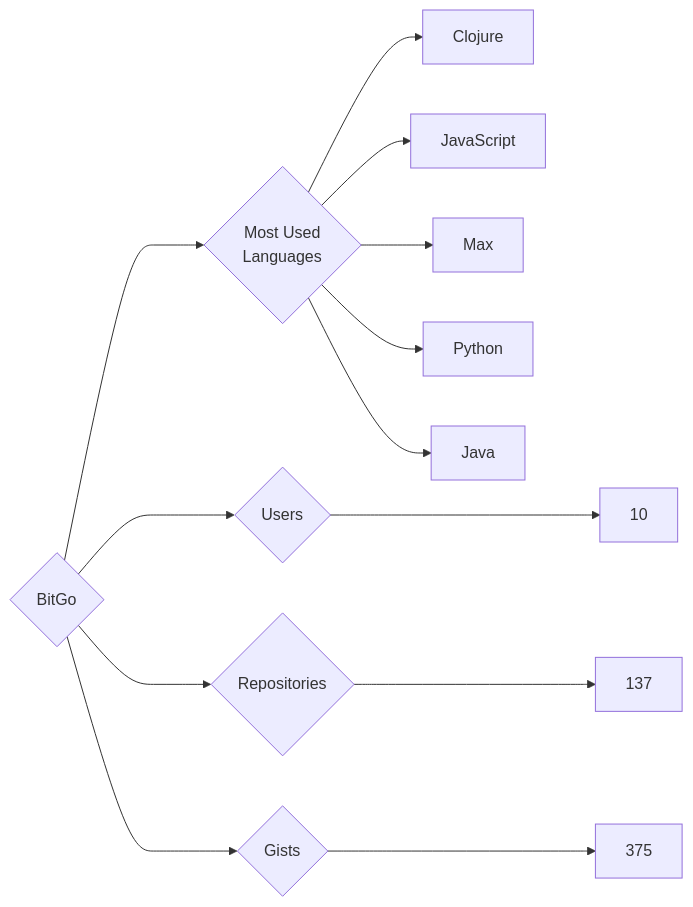
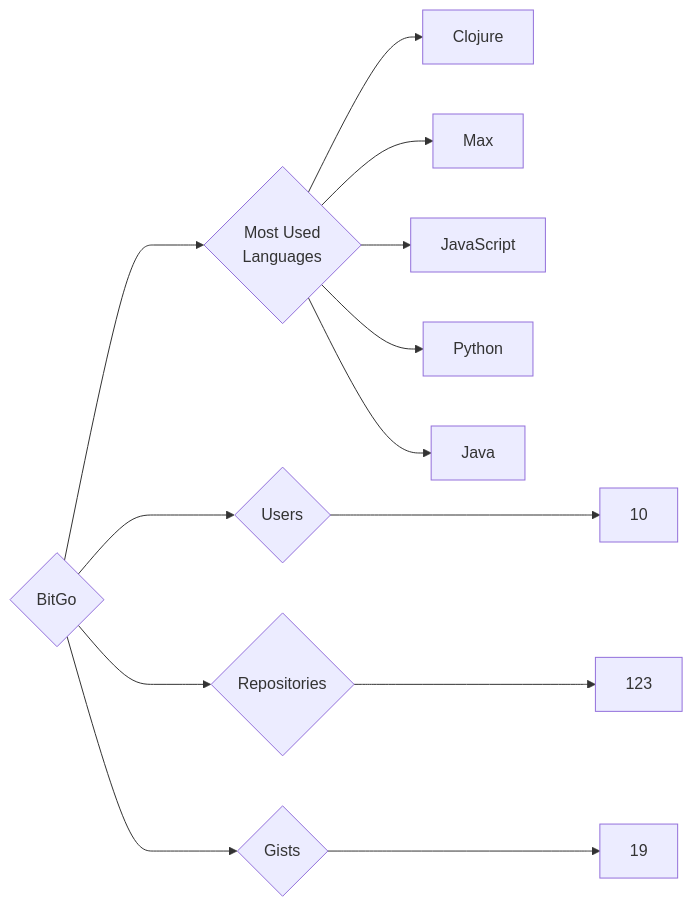
Before and after one commit to trickest/insiders: the diagram in targets/BitGo/README.md, drawn with Mermaid. The commit also changed 1166 other files, not shown here.

````diff
--- a/targets/BitGo/README.md
+++ b/targets/BitGo/README.md
@@ -3,13 +3,13 @@
 ```mermaid
 graph LR
 COMPANY_NAME{BitGo}
 COMPANY_NAME ---> U{Users} ---> UN[10]
-COMPANY_NAME ---> R{Repositories} ---> RN[137]
-COMPANY_NAME ---> G{Gists} ---> GN[375]
+COMPANY_NAME ---> R{Repositories} ---> RN[123]
+COMPANY_NAME ---> G{Gists} ---> GN[19]
 COMPANY_NAME ---> ML{Most Used<br>Languages}
 ML --> Clojure[Clojure]
+ML --> Max[Max]
 ML --> JavaScript[JavaScript]
-ML --> Max[Max]
 ML --> Python[Python]
 ML --> Java[Java]
 ```
````
